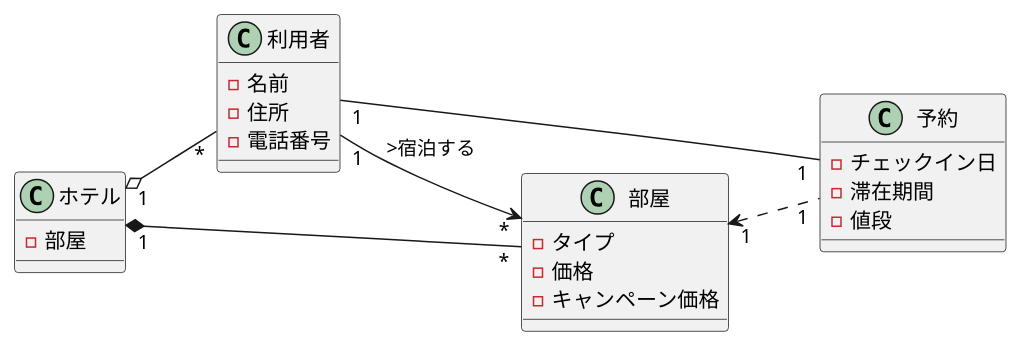
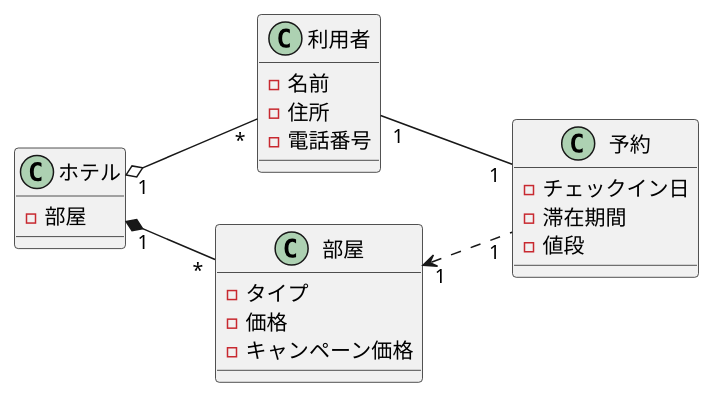
Before and after one commit to kenkensan/uml-introduction: the diagram in 演習3-3_CL_ホテルと利用者と部屋と予約.pu, drawn with PlantUML. The commit also changed 3 other files, not shown here.

```diff
--- a/演習3-3_CL_ホテルと利用者と部屋と予約.pu
+++ b/演習3-3_CL_ホテルと利用者と部屋と予約.pu
@@ -1,27 +1,26 @@
 @startuml 3-3
 left to right direction
 class 利用者{
 -名前
 -住所
 -電話番号
 }
 class ホテル{
 -部屋
 }
 class 部屋{
 -タイプ
 -価格
 -キャンペーン価格
     
 }
 class 予約{
 -チェックイン日
 -滞在期間
 -値段   
 }
 ホテル "1"*--"*" 部屋
 利用者 "1"--"1" 予約
 ホテル "1" o--"*" 利用者
-利用者"1"-->"*" 部屋:>宿泊する
 部屋 "1"<.."1" 予約
 @enduml
```
